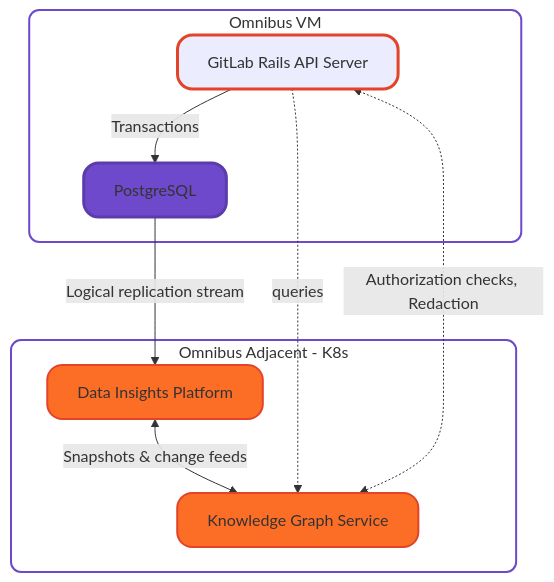
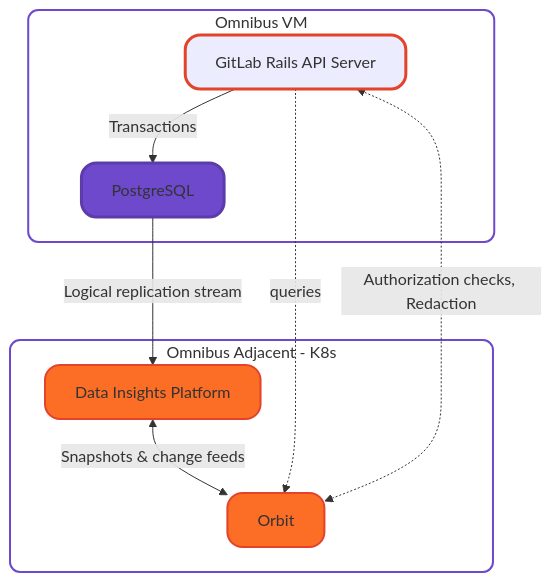
The first of 3 diagrams in docs/design-documents/README.md (gitlabhq/orbit-knowledge-graph), drawn with Mermaid before and after one commit. The commit also changed other lines of this file and 94 other files, not shown here.

Commit message:
docs(orbit): say Orbit instead of Knowledge Graph across prose

````diff
--- a/docs/design-documents/README.md
+++ b/docs/design-documents/README.md
@@ -33,33 +33,33 @@
 ```mermaid
 graph TD
     RailsAPI["GitLab Rails API Server"]
     Postgres["PostgreSQL"]
     DataInsights["Data Insights Platform"]
-    KGService["Knowledge Graph Service"]
+    KGService["Orbit"]
 
     subgraph Omnibus["Omnibus VM"]
         RailsAPI
         Postgres
     end
 
     subgraph KGS["Omnibus Adjacent - K8s"]
         DataInsights
         KGService
     end
 
     RailsAPI -->|Transactions| Postgres
     Postgres -->|Logical replication stream| DataInsights
     DataInsights <-->|Snapshots & change feeds| KGService
     RailsAPI -.->|queries| KGService
     KGService <-.->|Authorization checks, Redaction| RailsAPI
 
     class RailsAPI rails;
     class Postgres postgres;
     class DataInsights,KGService services;
     class Omnibus,KGS clusters;
 
     classDef rails fill:#FCA32,stroke:#E24329,stroke-width:3px,rx:15,ry:15;
     classDef postgres fill:#6E49CB,stroke:#5C3CAB,stroke-width:3px,rx:15,ry:15;
     classDef services fill:#FC6D26,stroke:#E24329,stroke-width:2px,rx:15,ry:15;
     classDef clusters fill:none,stroke:#6E49CB,stroke-width:2px,rx:10,ry:10;
 ```
````
